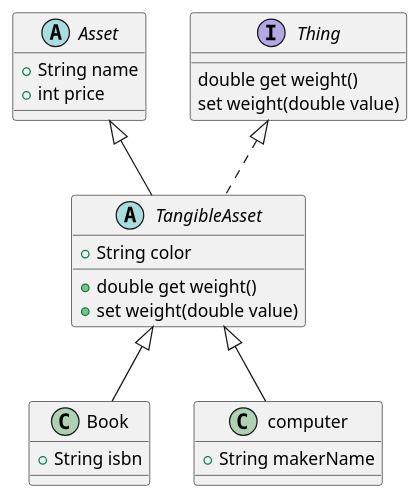
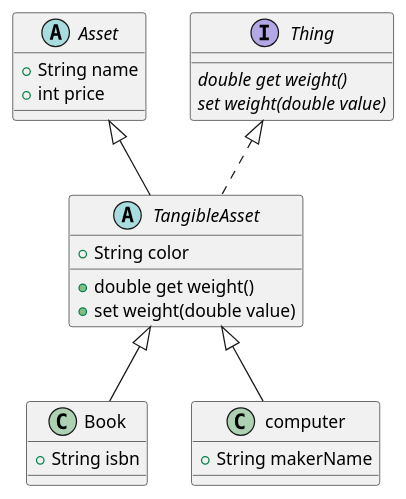
One commit to orm-camp-flutter-2ki/learn_dart_together changed the diagram in lib/24_03_13/asset_diagram.puml. Above: the diagram before and after it, drawn with PlantUML.

Commit message:
Feat: Asset 클래스 puml 수정
Thing 인터페이스에 {abstract} 추가

```diff
--- a/lib/24_03_13/asset_diagram.puml
+++ b/lib/24_03_13/asset_diagram.puml
@@ -1,34 +1,35 @@
 @startuml Asset
 
 
 
 abstract class Asset{
     +String name
     +int price
 }
 
 interface Thing{
-     double get weight()
-     set weight(double value)
+
+   {abstract} double get weight()
+   {abstract} set weight(double value)
 }
 
 
 abstract class TangibleAsset extends Asset implements Thing{
     +String color
    + double get weight()
    + set weight(double value)
 }
 class Book extends TangibleAsset{
 
     +String isbn
 }
 
 class computer extends TangibleAsset{
 
     +String makerName
 }
 
 
 
 
 @enduml
```
